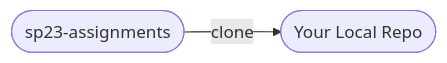
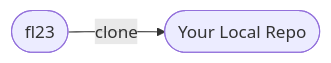
One commit to wustl-data/rooster-cogburn changed the first of 3 diagrams in docs/dataops/env-setup.md. Above: the diagram before and after it, drawn with Mermaid. The commit also changed other lines of this file, not shown here.

````diff
--- a/docs/dataops/env-setup.md
+++ b/docs/dataops/env-setup.md
@@ -16,4 +16,4 @@
-    ```mermaid
-    flowchart LR
-       template([sp23-assignments]) -->|clone| local([Your Local Repo])
-    ```
+        ```mermaid
+        flowchart LR
+        template([fl23]) -->|clone| local([Your Local Repo])
+        ```
````
